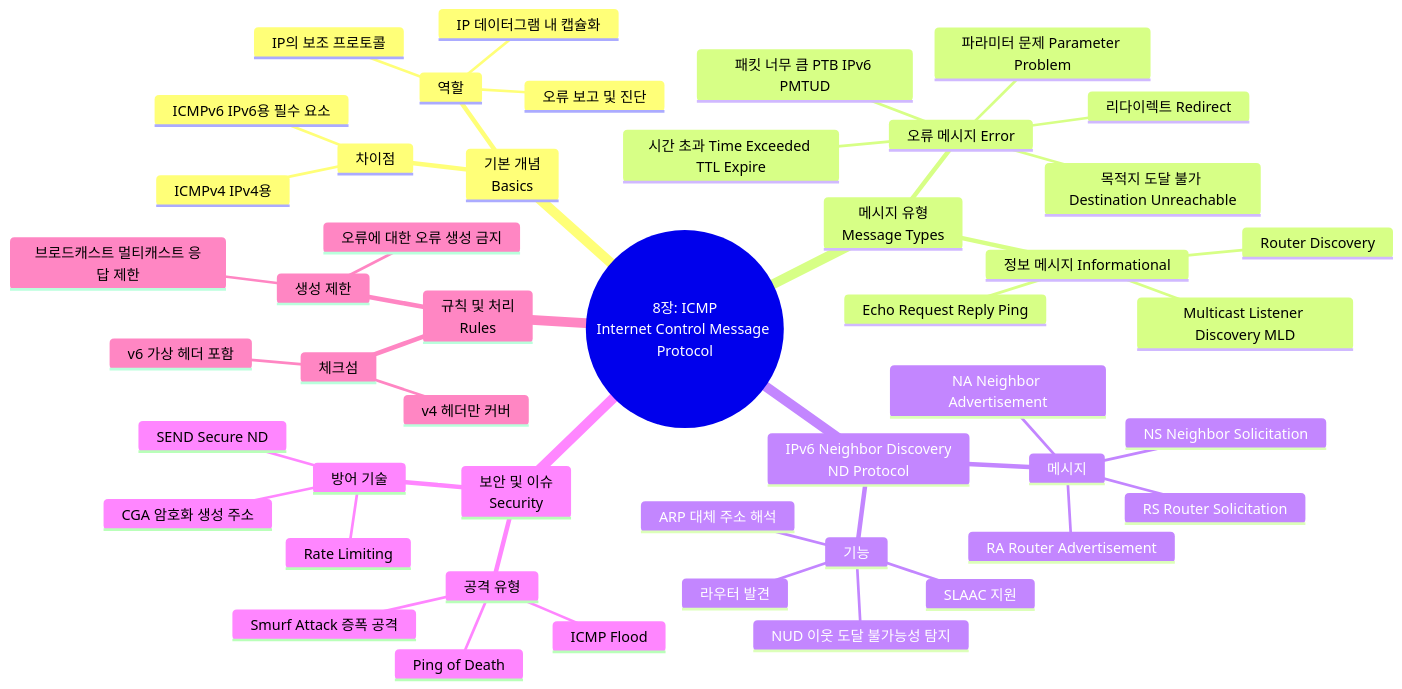
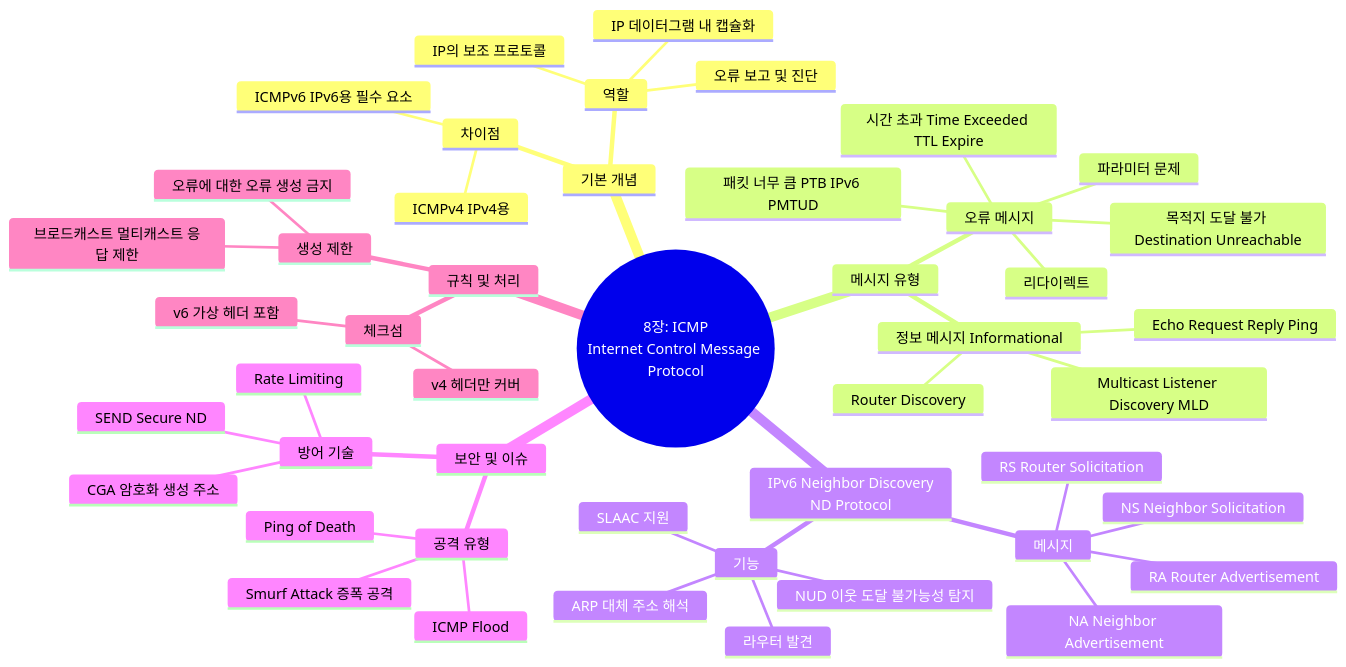
One commit to youngmin-gwon/what-i-studied changed the diagram in 01_inbox/books/tcp_ip_illustrated_1/chapter8.md. Above: the diagram before and after it, drawn with Mermaid. The commit also changed other lines of this file and 4 other files, not shown here.

````diff
--- a/01_inbox/books/tcp_ip_illustrated_1/chapter8.md
+++ b/01_inbox/books/tcp_ip_illustrated_1/chapter8.md
@@ -16,50 +16,50 @@
 ```mermaid
 mindmap
   root((8장: ICMP<br>Internet Control Message Protocol))
-    기본 개념<br>Basics
+    기본 개념
       역할
         IP의 보조 프로토콜
         오류 보고 및 진단
         IP 데이터그램 내 캡슐화
       차이점
         ICMPv4 IPv4용
         ICMPv6 IPv6용 필수 요소
-    메시지 유형<br>Message Types
-      오류 메시지 Error
+    메시지 유형
+      오류 메시지
         목적지 도달 불가 Destination Unreachable
         패킷 너무 큼 PTB IPv6 PMTUD
         시간 초과 Time Exceeded TTL Expire
-        파라미터 문제 Parameter Problem
-        리다이렉트 Redirect
+        파라미터 문제
+        리다이렉트
       정보 메시지 Informational
         Echo Request Reply Ping
         Router Discovery
         Multicast Listener Discovery MLD
     IPv6 Neighbor Discovery<br>ND Protocol
       기능
         ARP 대체 주소 해석
         라우터 발견
         SLAAC 지원
         NUD 이웃 도달 불가능성 탐지
       메시지
         RS Router Solicitation
         RA Router Advertisement
         NS Neighbor Solicitation
         NA Neighbor Advertisement
-    보안 및 이슈<br>Security
+    보안 및 이슈
       공격 유형
         Smurf Attack 증폭 공격
         Ping of Death
         ICMP Flood
       방어 기술
         SEND Secure ND
         CGA 암호화 생성 주소
         Rate Limiting
-    규칙 및 처리<br>Rules
+    규칙 및 처리
       생성 제한
         오류에 대한 오류 생성 금지
         브로드캐스트 멀티캐스트 응답 제한
       체크섬
         v4 헤더만 커버
         v6 가상 헤더 포함
 ```
````
